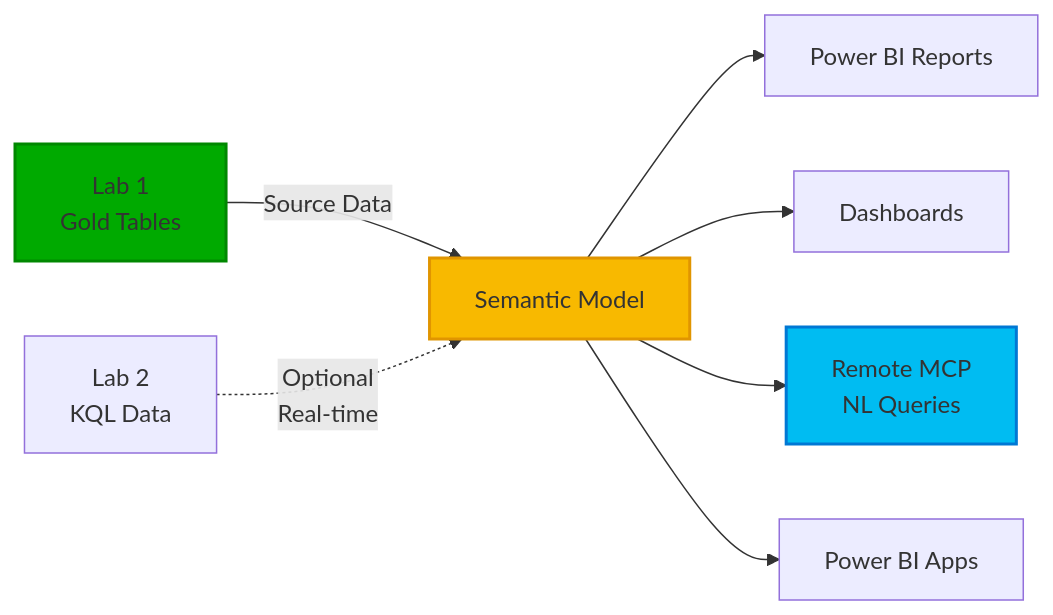
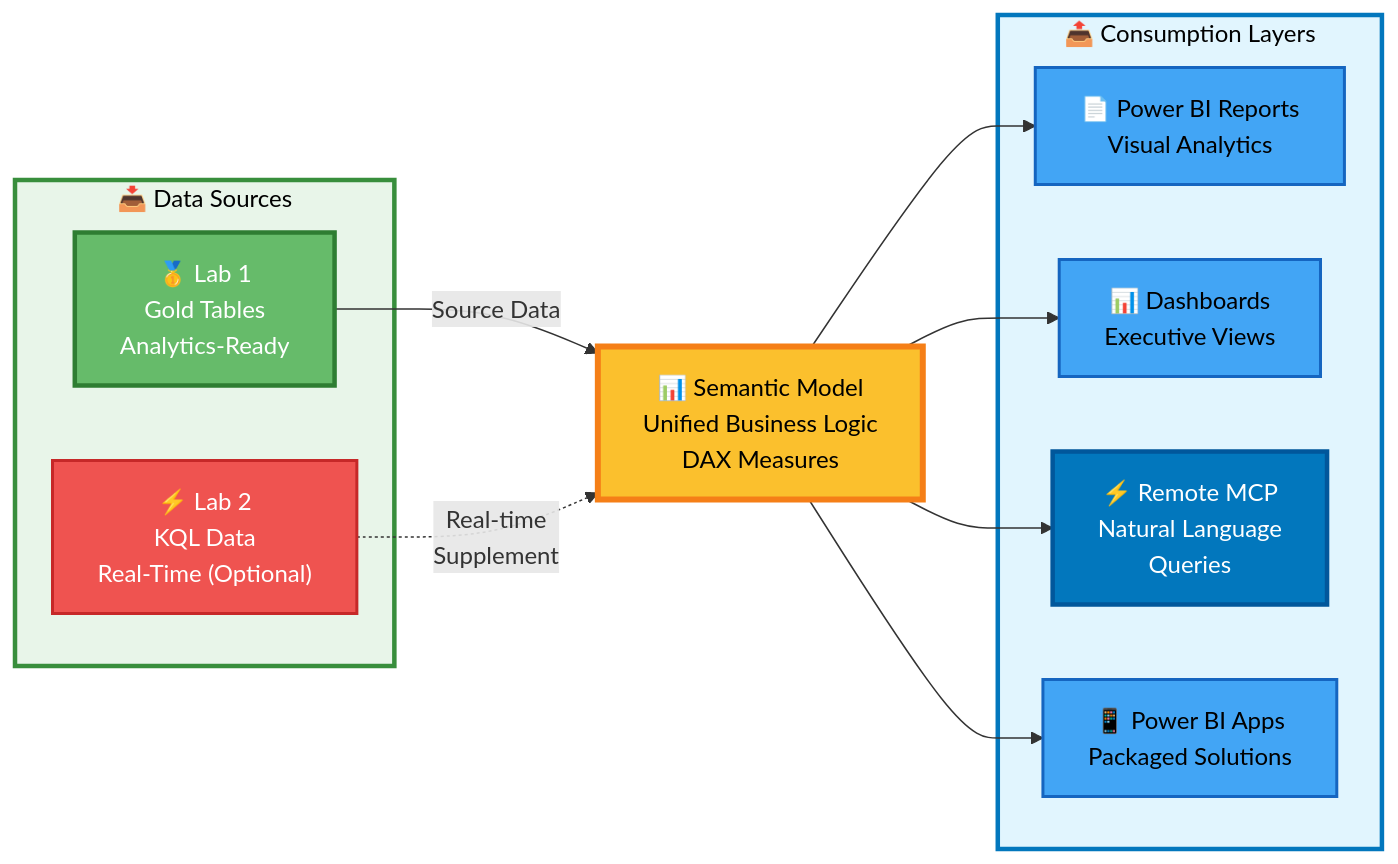
The sixth of 6 diagrams in 02-Architecture/Lab-03-Architecture.md (shantha05/2026-SQL-Saturday-Atlanta-AI-BI-PreCon), drawn with Mermaid before and after one commit. The commit also changed other lines of this file and 2 other files, not shown here.

Commit message:
Updated Architecture Diagrams

````diff
--- a/02-Architecture/Lab-03-Architecture.md
+++ b/02-Architecture/Lab-03-Architecture.md
@@ -308,14 +403,35 @@
 ```mermaid
 graph LR
-    LAB1[Lab 1<br/>Gold Tables] -->|Source Data| MODEL[Semantic Model]
-    LAB2[Lab 2<br/>KQL Data] -.->|Optional<br/>Real-time| MODEL
+    subgraph SOURCES["📥 Data Sources"]
+        LAB1["🥇 Lab 1<br/>Gold Tables<br/>Analytics-Ready"]
+        LAB2["⚡ Lab 2<br/>KQL Data<br/>Real-Time (Optional)"]
+    end
     
-    MODEL --> REPORTS[Power BI Reports]
-    MODEL --> DASHBOARDS[Dashboards]
-    MODEL --> REMOTE[Remote MCP<br/>NL Queries]
-    MODEL --> APPS[Power BI Apps]
+    MODEL["📊 Semantic Model<br/>Unified Business Logic<br/>DAX Measures"]
     
-    style LAB1 fill:#00aa00,stroke:#008800,stroke-width:2px
-    style MODEL fill:#f8b900,stroke:#e09500,stroke-width:2px
-    style REMOTE fill:#00bcf2,stroke:#0078d4,stroke-width:2px
+    subgraph CONSUMERS["📤 Consumption Layers"]
+        REPORTS["📄 Power BI Reports<br/>Visual Analytics"]
+        DASHBOARDS["📊 Dashboards<br/>Executive Views"]
+        REMOTE["⚡ Remote MCP<br/>Natural Language<br/>Queries"]
+        APPS["📱 Power BI Apps<br/>Packaged Solutions"]
+    end
+    
+    LAB1 -->|Source Data| MODEL
+    LAB2 -.->|Real-time<br/>Supplement| MODEL
+    
+    MODEL --> REPORTS
+    MODEL --> DASHBOARDS
+    MODEL --> REMOTE
+    MODEL --> APPS
+    
+    style SOURCES fill:#E8F5E9,stroke:#388E3C,stroke-width:3px,color:#000
+    style CONSUMERS fill:#E1F5FE,stroke:#0277BD,stroke-width:3px,color:#000
+    
+    style LAB1 fill:#66BB6A,stroke:#2E7D32,stroke-width:3px,color:#fff
+    style LAB2 fill:#EF5350,stroke:#C62828,stroke-width:2px,color:#fff
+    style MODEL fill:#FBC02D,stroke:#F57F17,stroke-width:4px,color:#000
+    style REMOTE fill:#0277BD,stroke:#01579B,stroke-width:3px,color:#fff
+    style REPORTS fill:#42A5F5,stroke:#1565C0,stroke-width:2px,color:#000
+    style DASHBOARDS fill:#42A5F5,stroke:#1565C0,stroke-width:2px,color:#000
+    style APPS fill:#42A5F5,stroke:#1565C0,stroke-width:2px,color:#000
 ```
````
